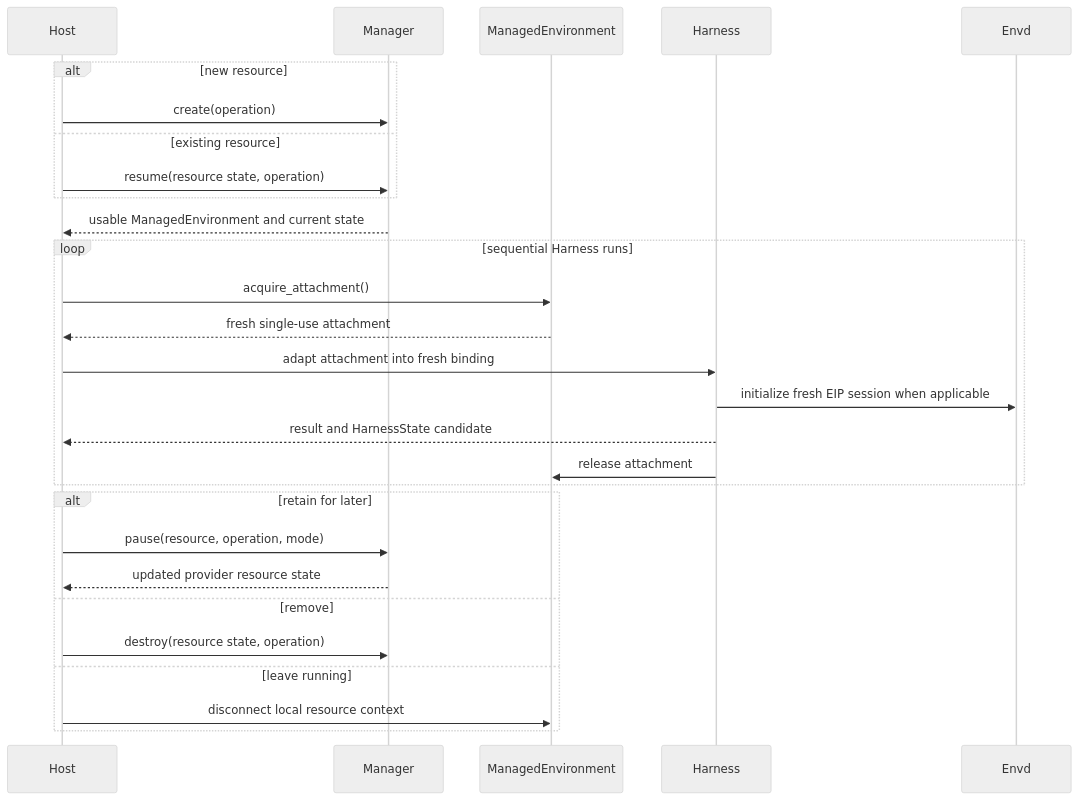
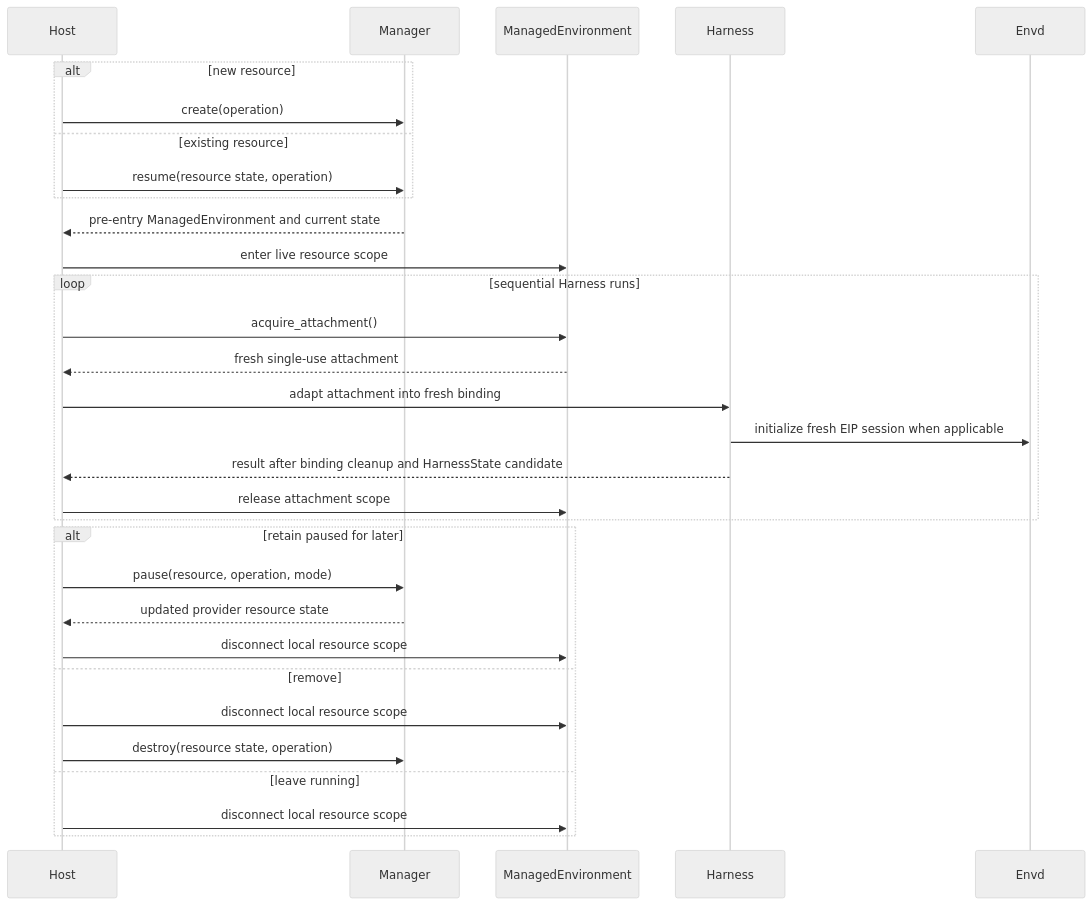
One commit to LTThreeComma/agent-foundation changed the diagram in spec/agent-environment-provider/02-resource-management-and-attachments.md. Above: the diagram before and after it, drawn with Mermaid (neutral theme). The commit also changed other lines of this file and 67 other files, not shown here.

First line of the commit message:
feat(runtime): add local UI storage and workspace context

````diff
--- a/spec/agent-environment-provider/02-resource-management-and-attachments.md
+++ b/spec/agent-environment-provider/02-resource-management-and-attachments.md
@@ -216,31 +352,34 @@
 ```mermaid
 sequenceDiagram
     participant Host
     participant Manager
     participant Resource as ManagedEnvironment
     participant Harness
     participant Envd
 
     alt new resource
         Host->>Manager: create(operation)
     else existing resource
         Host->>Manager: resume(resource state, operation)
     end
-    Manager-->>Host: usable ManagedEnvironment and current state
+    Manager-->>Host: pre-entry ManagedEnvironment and current state
+    Host->>Resource: enter live resource scope
     loop sequential Harness runs
         Host->>Resource: acquire_attachment()
         Resource-->>Host: fresh single-use attachment
         Host->>Harness: adapt attachment into fresh binding
         Harness->>Envd: initialize fresh EIP session when applicable
-        Harness-->>Host: result and HarnessState candidate
-        Harness->>Resource: release attachment
+        Harness-->>Host: result after binding cleanup and HarnessState candidate
+        Host->>Resource: release attachment scope
     end
-    alt retain for later
+    alt retain paused for later
         Host->>Manager: pause(resource, operation, mode)
         Manager-->>Host: updated provider resource state
+        Host->>Resource: disconnect local resource scope
     else remove
+        Host->>Resource: disconnect local resource scope
         Host->>Manager: destroy(resource state, operation)
     else leave running
-        Host->>Resource: disconnect local resource context
+        Host->>Resource: disconnect local resource scope
     end
 ```
````
